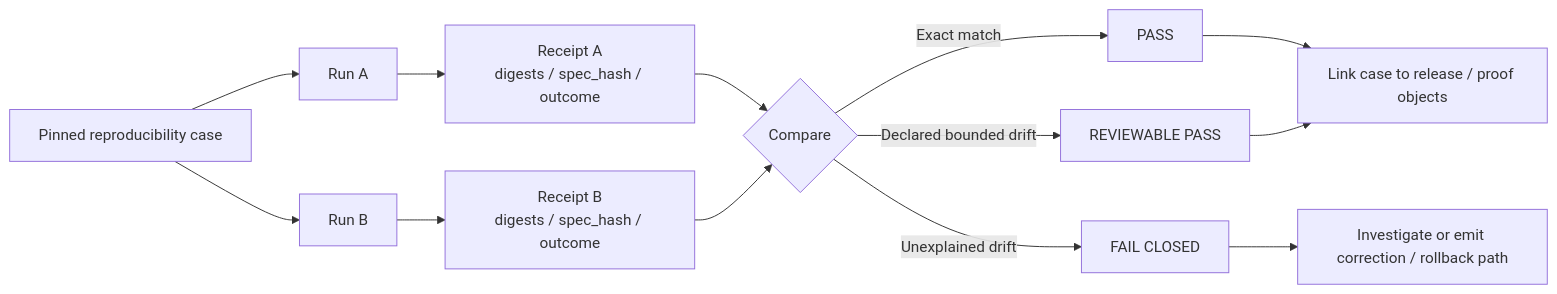
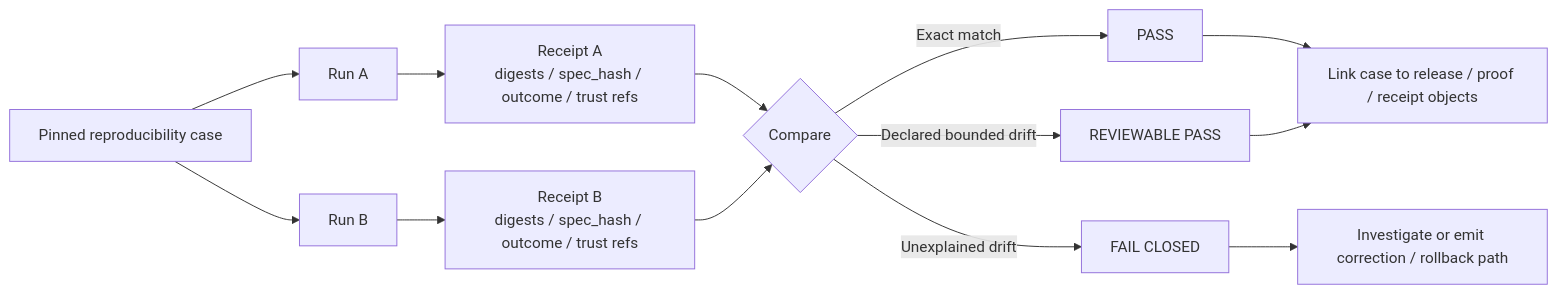
The diagram in tests/reproducibility/README.md (bartytime4life/Kansas-Frontier-Matrix), drawn with Mermaid before and after one commit. The commit also changed other lines of this file, not shown here.

````diff
--- a/tests/reproducibility/README.md
+++ b/tests/reproducibility/README.md
@@ -292,19 +464,19 @@
 ```mermaid
 flowchart LR
     A[Pinned reproducibility case] --> B[Run A]
     A --> C[Run B]
 
-    B --> D[Receipt A<br/>digests / spec_hash / outcome]
-    C --> E[Receipt B<br/>digests / spec_hash / outcome]
+    B --> D[Receipt A<br/>digests / spec_hash / outcome / trust refs]
+    C --> E[Receipt B<br/>digests / spec_hash / outcome / trust refs]
 
     D --> F{Compare}
     E --> F
 
     F -->|Exact match| G[PASS]
     F -->|Declared bounded drift| H[REVIEWABLE PASS]
     F -->|Unexplained drift| I[FAIL CLOSED]
 
-    G --> J[Link case to release / proof objects]
+    G --> J[Link case to release / proof / receipt objects]
     H --> J
     I --> K[Investigate or emit correction / rollback path]
 ```
````
